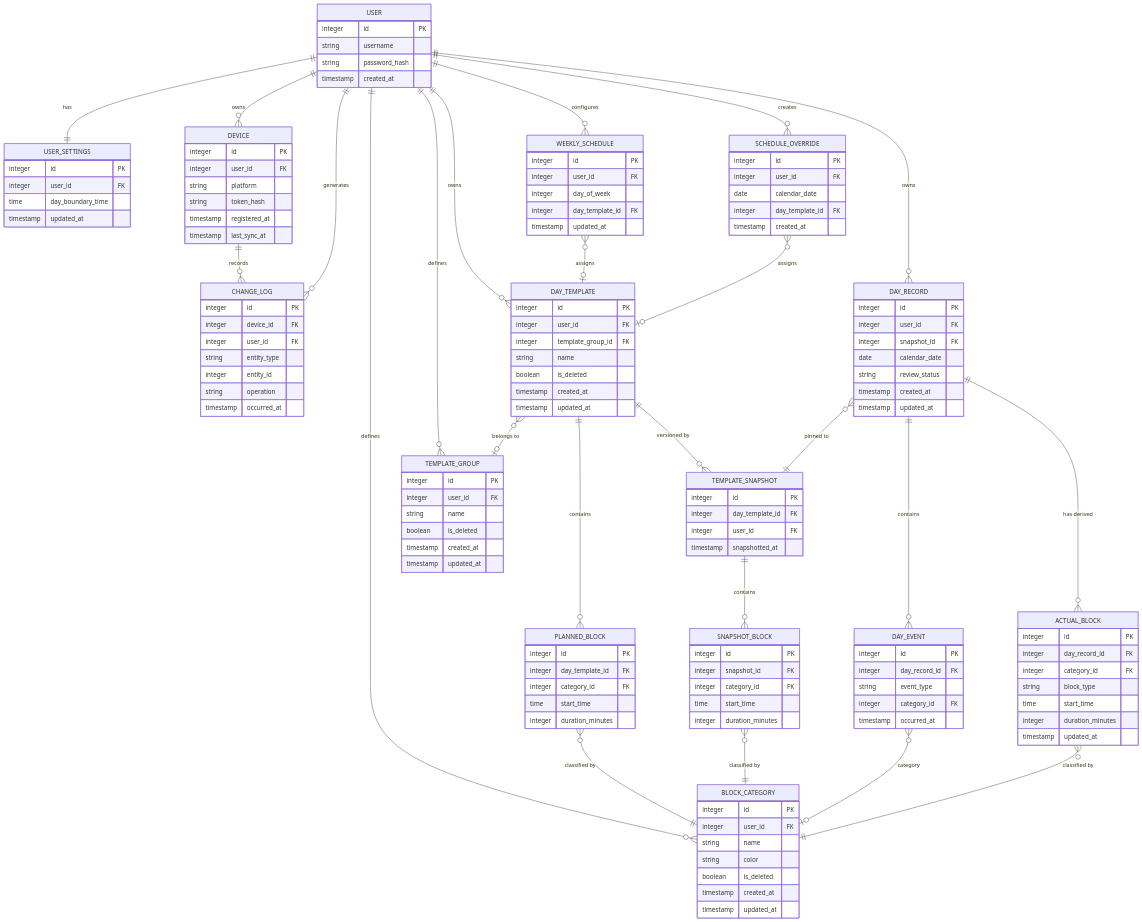
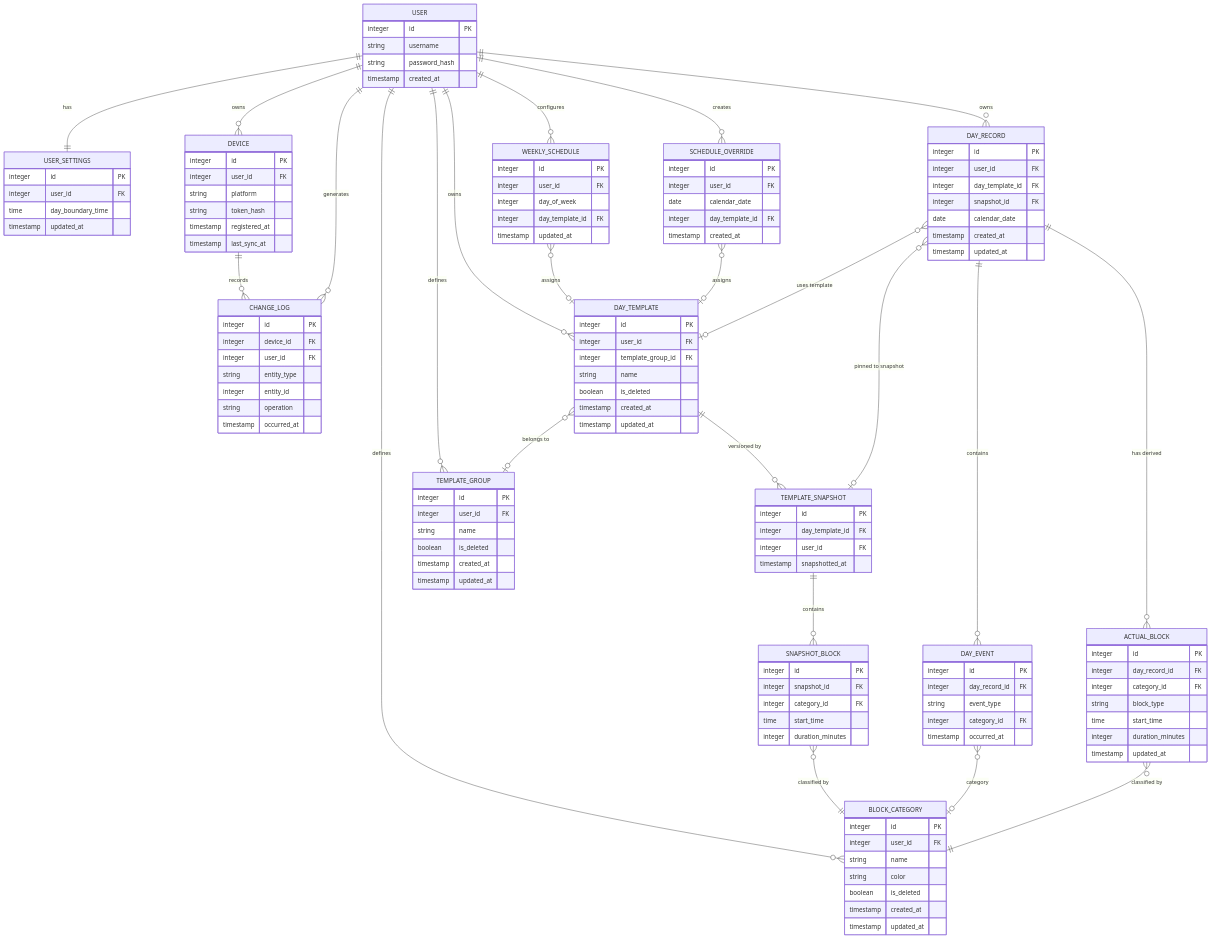
The diagram in docs/API and DB.md (sem0ark/todo-planner), drawn with Mermaid before and after one commit. The commit also changed other lines of this file and 15 other files, not shown here.

```diff
--- a/docs/API and DB.md
+++ b/docs/API and DB.md
@@ -121,14 +116,6 @@
         timestamp updated_at
     }
 
-    PLANNED_BLOCK {
-        integer id PK
-        integer day_template_id FK
-        integer category_id FK
-        time start_time
-        integer duration_minutes
-    }
-
     TEMPLATE_SNAPSHOT {
         integer id PK
         integer day_template_id FK
@@ -163,9 +150,9 @@
     DAY_RECORD {
         integer id PK
         integer user_id FK
+        integer day_template_id FK
         integer snapshot_id FK
         date calendar_date
-        string review_status
         timestamp created_at
         timestamp updated_at
     }
@@ -198,9 +185,6 @@
     USER ||--o{ DAY_TEMPLATE : "owns"
 
     DAY_TEMPLATE }o--o| TEMPLATE_GROUP : "belongs to"
-    DAY_TEMPLATE ||--o{ PLANNED_BLOCK : "contains"
-    PLANNED_BLOCK }o--|| BLOCK_CATEGORY : "classified by"
-
     DAY_TEMPLATE ||--o{ TEMPLATE_SNAPSHOT : "versioned by"
     TEMPLATE_SNAPSHOT ||--o{ SNAPSHOT_BLOCK : "contains"
     SNAPSHOT_BLOCK }o--|| BLOCK_CATEGORY : "classified by"
@@ -212,7 +196,8 @@
     SCHEDULE_OVERRIDE }o--o| DAY_TEMPLATE : "assigns"
 
     USER ||--o{ DAY_RECORD : "owns"
-    DAY_RECORD }o--|| TEMPLATE_SNAPSHOT : "pinned to"
+    DAY_RECORD }o--o| DAY_TEMPLATE : "uses template"
+    DAY_RECORD }o--o| TEMPLATE_SNAPSHOT : "pinned to snapshot"
     DAY_RECORD ||--o{ DAY_EVENT : "contains"
     DAY_EVENT }o--o| BLOCK_CATEGORY : "category"
     DAY_RECORD ||--o{ ACTUAL_BLOCK : "has derived"
```
